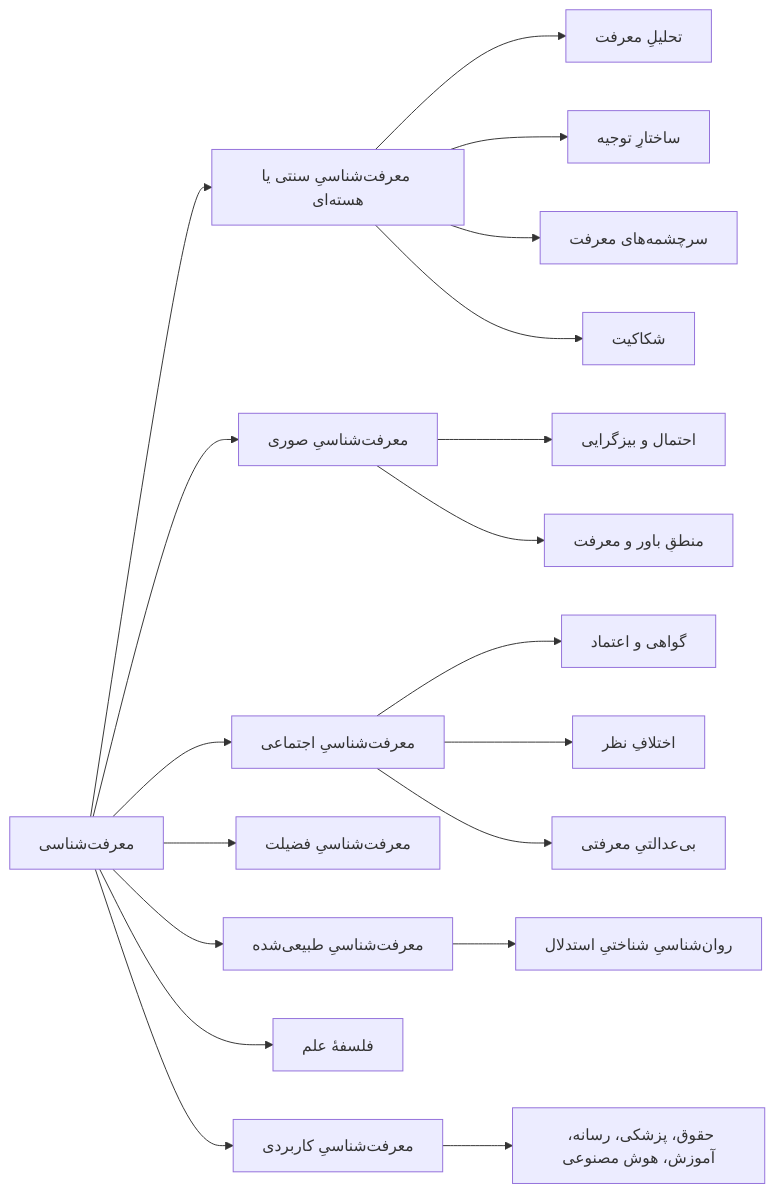
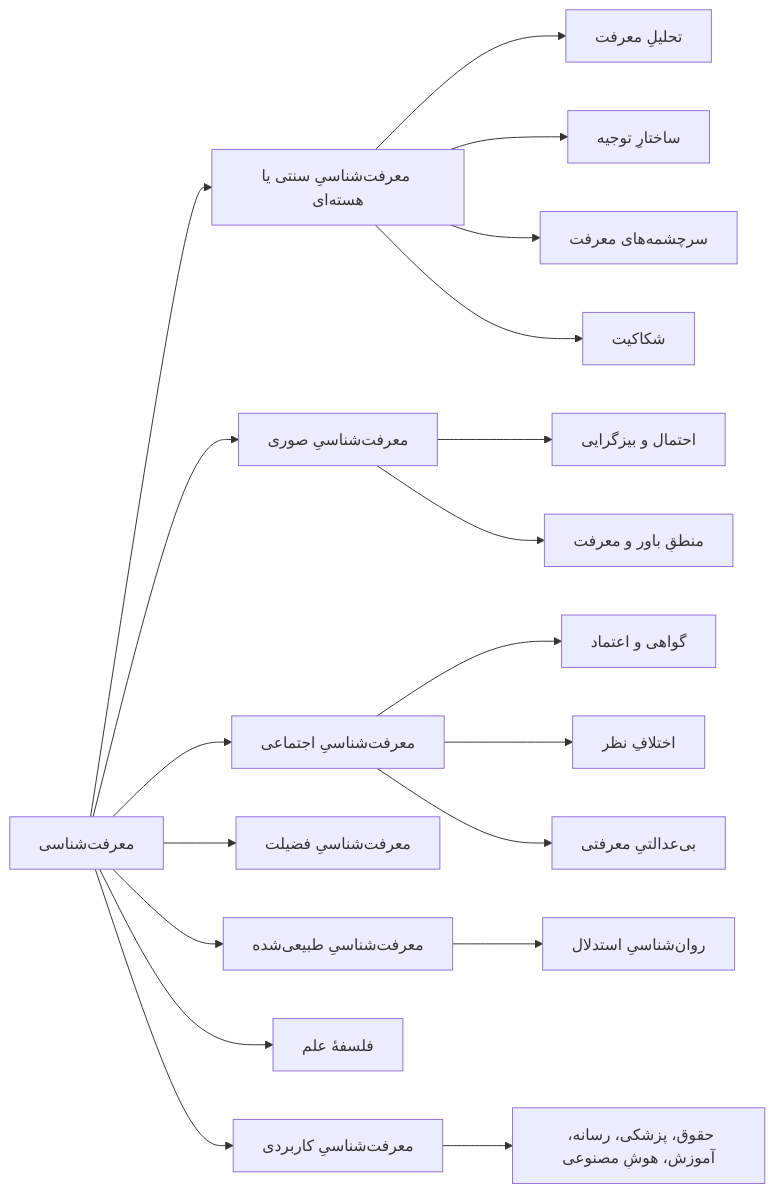
One commit to Rhadadi/epis changed the diagram in guide/fa/01-what-is-epistemology.md. Above: the diagram before and after it, drawn with Mermaid. The commit also changed other lines of this file and 9 other files, not shown here.

````diff
--- a/guide/fa/01-what-is-epistemology.md
+++ b/guide/fa/01-what-is-epistemology.md
@@ -285,22 +285,22 @@
 ```mermaid
 flowchart LR
     E["معرفت‌شناسی"]
     E --> T["معرفت‌شناسیِ سنتی یا هسته‌ای"]
     E --> F["معرفت‌شناسیِ صوری"]
     E --> S["معرفت‌شناسیِ اجتماعی"]
     E --> V["معرفت‌شناسیِ فضیلت"]
     E --> N["معرفت‌شناسیِ طبیعی‌شده"]
     E --> P["فلسفهٔ علم"]
     E --> A["معرفت‌شناسیِ کاربردی"]
     T --> T1["تحلیلِ معرفت"]
     T --> T2["ساختارِ توجیه"]
     T --> T3["سرچشمه‌های معرفت"]
     T --> T4["شکاکیت"]
     F --> F1["احتمال و بیزگرایی"]
     F --> F2["منطقِ باور و معرفت"]
     S --> S1["گواهی و اعتماد"]
     S --> S2["اختلافِ نظر"]
     S --> S3["بی‌عدالتیِ معرفتی"]
-    N --> N1["روان‌شناسیِ شناختیِ استدلال"]
-    A --> A1["حقوق، پزشکی، رسانه، آموزش، هوش مصنوعی"]
+    N --> N1["روان‌شناسیِ استدلال"]
+    A --> A1["حقوق، پزشکی، رسانه، آموزش، هوشِ مصنوعی"]
 ```
````
